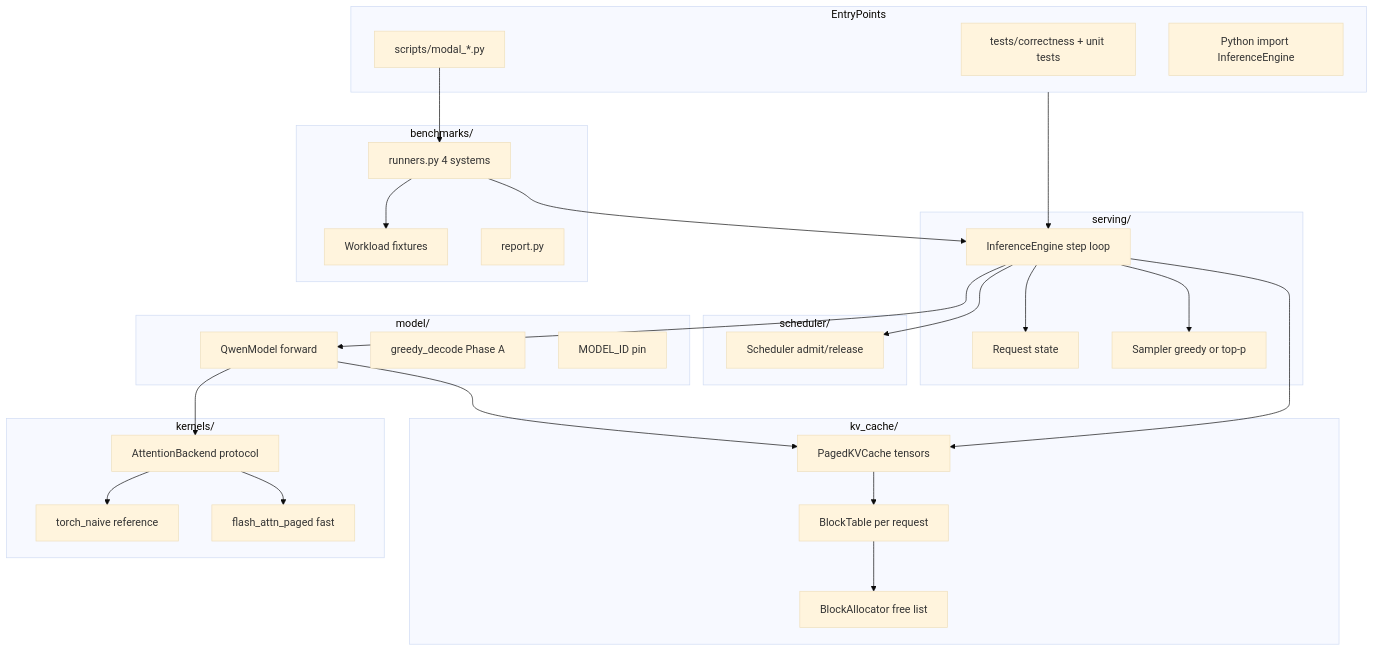
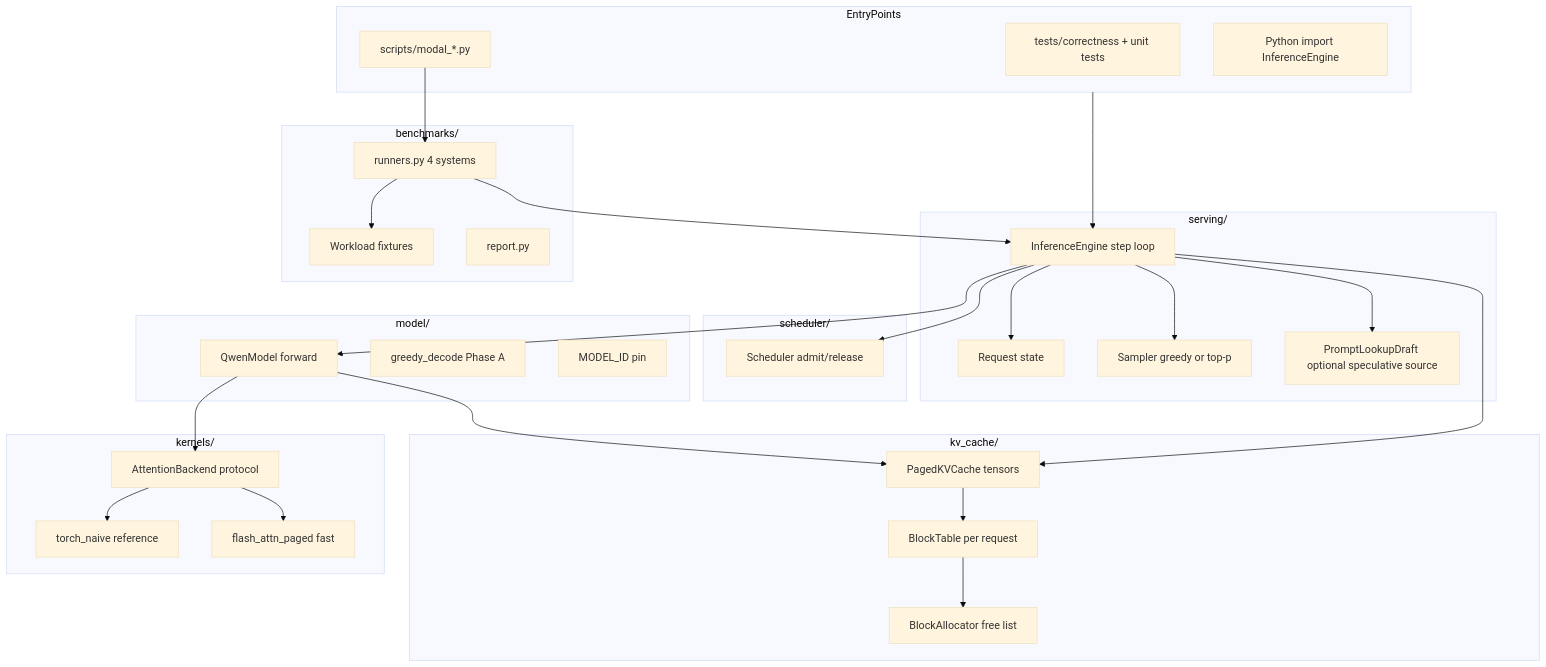
The first of 4 diagrams in docs/architecture.md (adamthuvesen/llm-infer), drawn with Mermaid (base theme) before and after one commit. The commit also changed other lines of this file and 7 other files, not shown here.

Commit message:
feat: add prompt-lookup speculative decoding

````diff
--- a/docs/architecture.md
+++ b/docs/architecture.md
@@ -48,58 +48,60 @@
 ```mermaid
 flowchart TB
     subgraph entry [EntryPoints]
         Tests["tests/correctness + unit tests"]
         Modal["scripts/modal_*.py"]
         LibUse["Python import InferenceEngine"]
     end
 
     subgraph serving [serving/]
         Engine["InferenceEngine step loop"]
         Request["Request state"]
         Sampler["Sampler greedy or top-p"]
+        Spec["PromptLookupDraft optional speculative source"]
     end
 
     subgraph scheduler [scheduler/]
         Sched["Scheduler admit/release"]
     end
 
     subgraph kv [kv_cache/]
         PagedKV["PagedKVCache tensors"]
         BlockTable["BlockTable per request"]
         Allocator["BlockAllocator free list"]
     end
 
     subgraph model [model/]
         Qwen["QwenModel forward"]
         Decode["greedy_decode Phase A"]
         Config["MODEL_ID pin"]
     end
 
     subgraph kernels [kernels/]
         Protocol["AttentionBackend protocol"]
         Naive["torch_naive reference"]
         Flash["flash_attn_paged fast"]
     end
 
     subgraph bench [benchmarks/]
         Workload["Workload fixtures"]
         Runners["runners.py 4 systems"]
         Report["report.py"]
     end
 
     entry --> Engine
     Engine --> Sched
     Engine --> Request
     Engine --> Sampler
+    Engine --> Spec
     Engine --> Qwen
     Engine --> PagedKV
     Qwen --> Protocol
     Qwen --> PagedKV
     PagedKV --> BlockTable
     BlockTable --> Allocator
     Protocol --> Naive
     Protocol --> Flash
     Modal --> Runners
     Runners --> Engine
     Runners --> Workload
 ```
````
